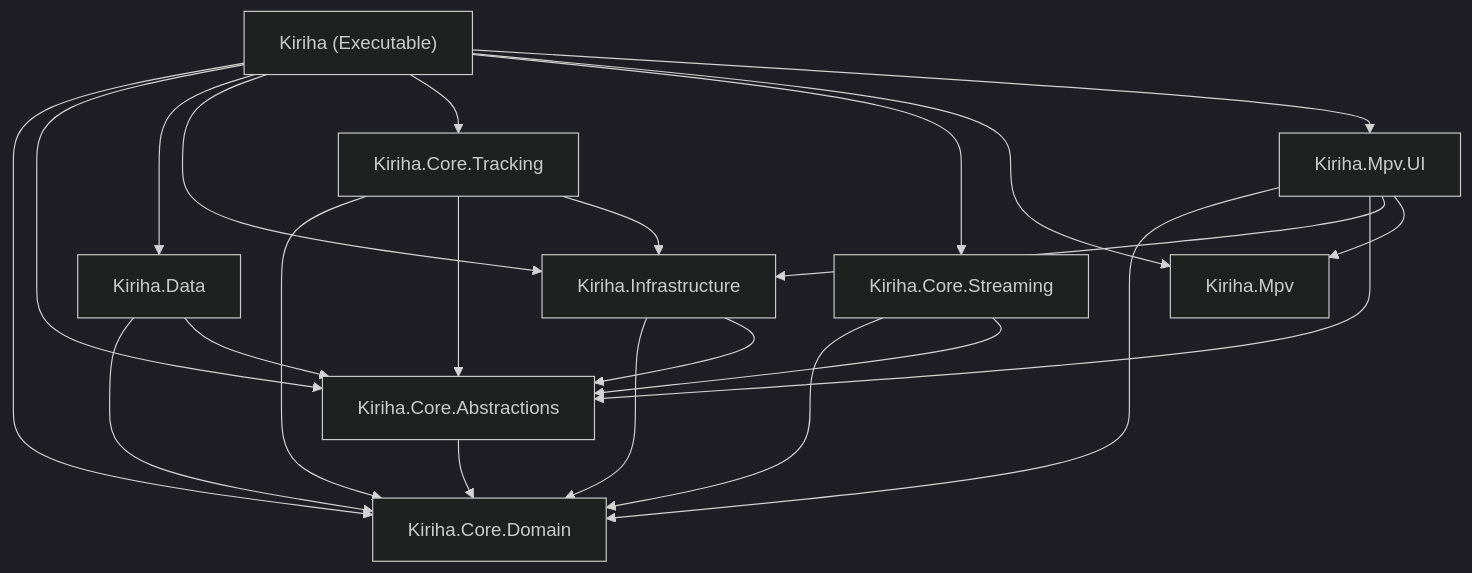
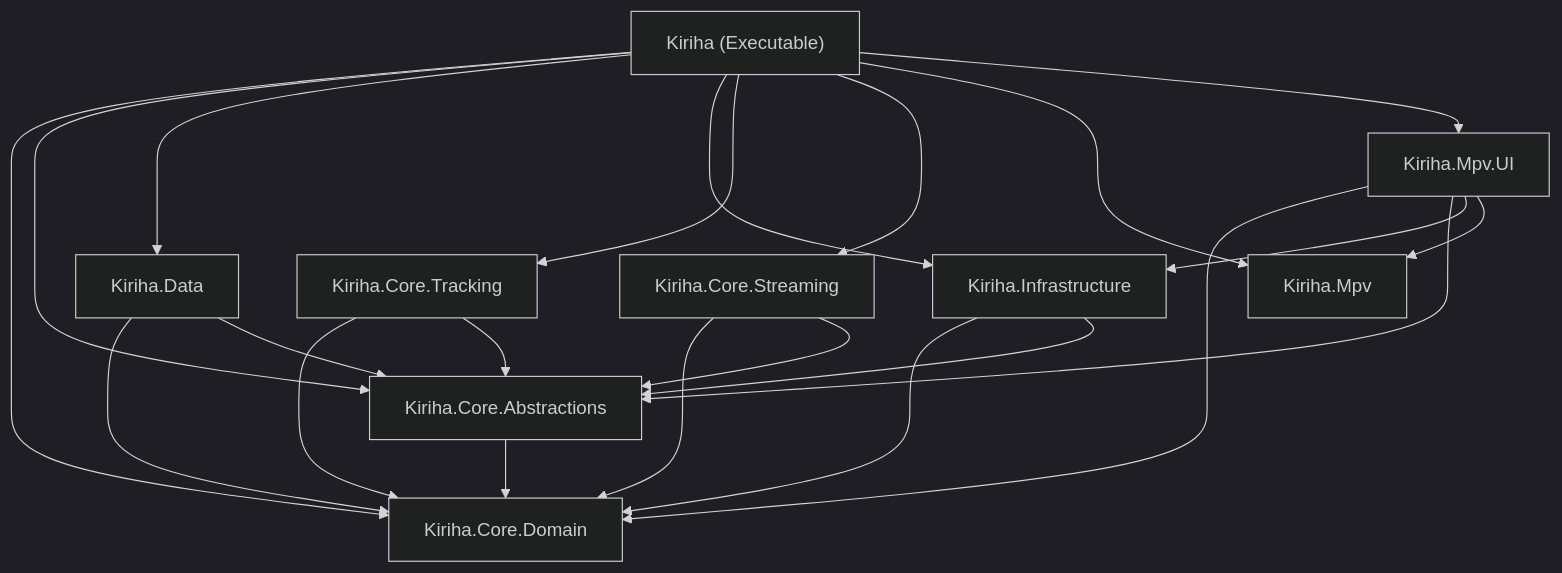
One commit to Donate684/Kiriha changed the diagram in docs/PROJECT_MAP.md. Above: the diagram before and after it, drawn with Mermaid (dark theme). The commit also changed other lines of this file and 382 other files, not shown here.

````diff
--- a/docs/PROJECT_MAP.md
+++ b/docs/PROJECT_MAP.md
@@ -40,41 +40,40 @@
 ```mermaid
 graph TD
     Domain["Kiriha.Core.Domain"]
     Abstractions["Kiriha.Core.Abstractions"]
     Data["Kiriha.Data"]
     Infrastructure["Kiriha.Infrastructure"]
     Tracking["Kiriha.Core.Tracking"]
     Streaming["Kiriha.Core.Streaming"]
     Mpv["Kiriha.Mpv"]
     MpvUI["Kiriha.Mpv.UI"]
     App["Kiriha (Executable)"]
 
     Abstractions --> Domain
 
     Data --> Domain
     Data --> Abstractions
 
     Infrastructure --> Domain
     Infrastructure --> Abstractions
 
     Tracking --> Domain
     Tracking --> Abstractions
-    Tracking --> Infrastructure
 
     Streaming --> Domain
     Streaming --> Abstractions
 
     MpvUI --> Domain
     MpvUI --> Abstractions
     MpvUI --> Infrastructure
     MpvUI --> Mpv
 
     App --> Domain
     App --> Abstractions
     App --> Data
     App --> Infrastructure
     App --> Tracking
     App --> Streaming
     App --> Mpv
     App --> MpvUI
 ```
````
